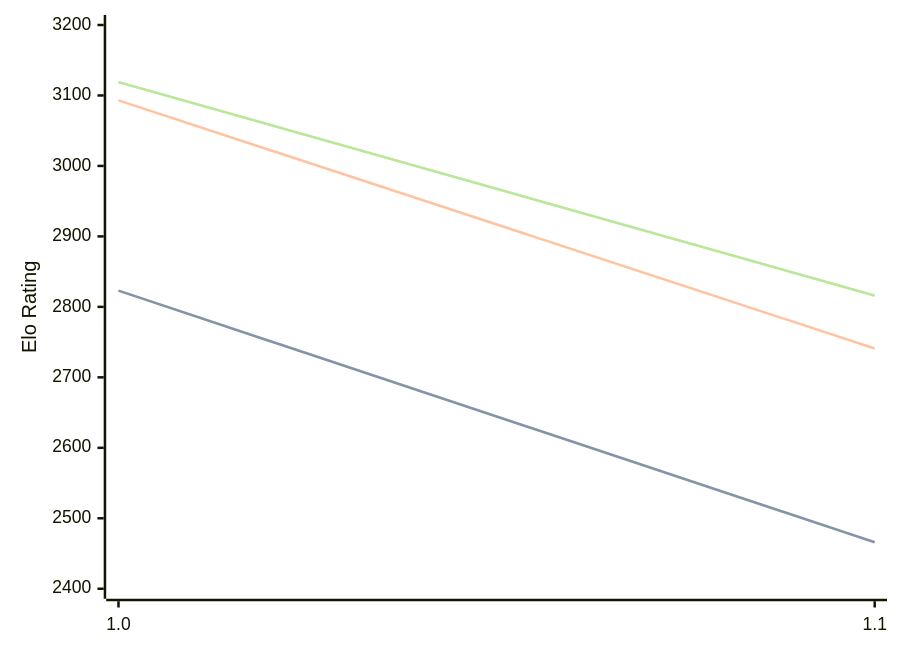
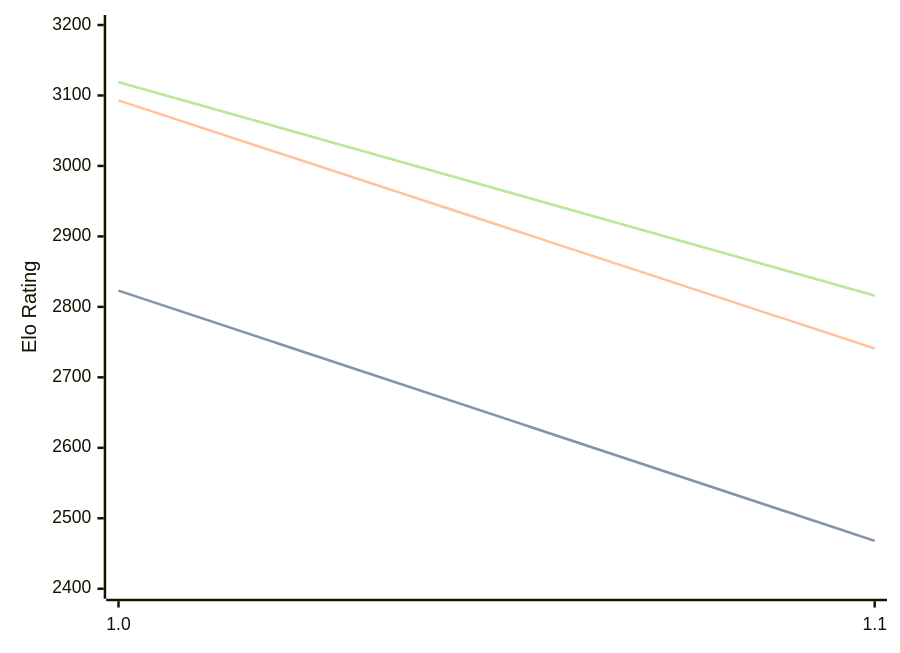
The third of 3 diagrams in engines/Publius.md (computer-chess-index/cci), drawn with Mermaid before and after one commit. The commit also changed other lines of this file, not shown here.

````diff
--- a/engines/Publius.md
+++ b/engines/Publius.md
@@ -65,11 +65,11 @@
 ```mermaid
 %%{init: {"theme":"base","themeVariables":{"seriesColors:['#a3a3a3','#222221','#faa371']}}}%%
 xychart-beta
   x-axis ["1.0", "1.1"]
   y-axis "Elo Rating" 2400 --> 3200
-  line "STC (8.0+0.08s)" [2823, 2466]
-  line "STC (8.0+0.08s)" [2823, 2466]
+  line "STC (8.0+0.08s)" [2823, 2468]
+  line "STC (8.0+0.08s)" [2823, 2468]
   line "LTC (60.0+0.60s)" [3093, 2741]
   line "VLTC (2m24s+1.12s)" [3119, 2816]
   line "VLTC (2m24s+1.12s)" [3119, 2816]
 ```
````
